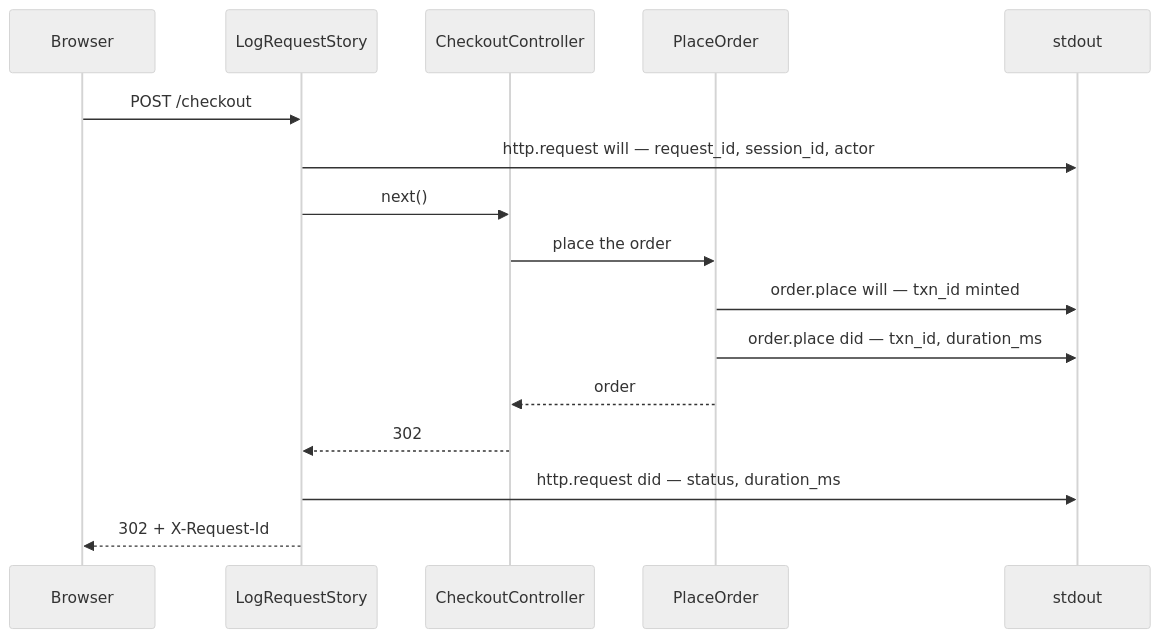
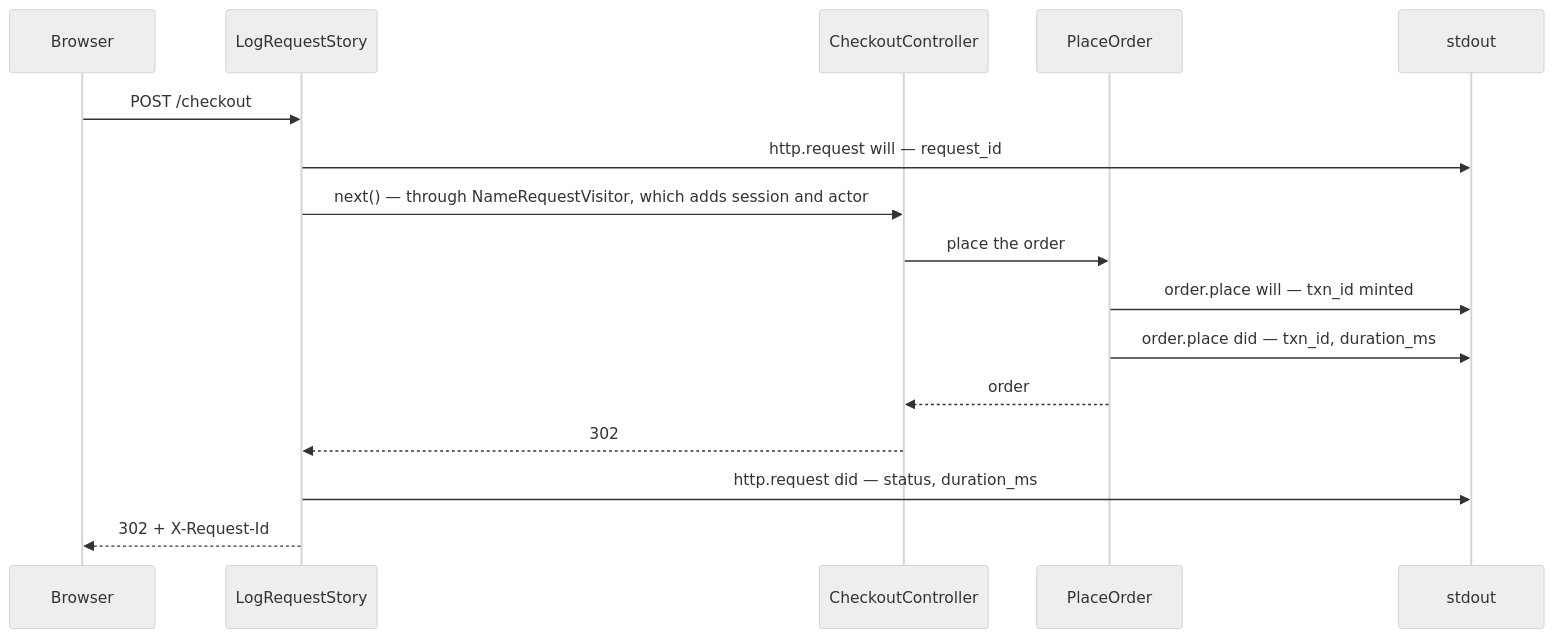
One commit to jonathan-beebe/art-store changed the third of 5 diagrams in prototype/php/docs/architecture.md. Above: the diagram before and after it, drawn with Mermaid (neutral theme). The commit also changed other lines of this file and 30 other files, not shown here.

````diff
--- a/prototype/php/docs/architecture.md
+++ b/prototype/php/docs/architecture.md
@@ -129,19 +137,19 @@
 ```mermaid
 sequenceDiagram
     participant B as Browser
     participant M as LogRequestStory
     participant C as CheckoutController
     participant A as PlaceOrder
     participant L as stdout
 
     B->>M: POST /checkout
-    M->>L: http.request will — request_id, session_id, actor
-    M->>C: next()
+    M->>L: http.request will — request_id
+    M->>C: next() — through NameRequestVisitor, which adds session and actor
     C->>A: place the order
     A->>L: order.place will — txn_id minted
     A->>L: order.place did — txn_id, duration_ms
     A-->>C: order
     C-->>M: 302
     M->>L: http.request did — status, duration_ms
     M-->>B: 302 + X-Request-Id
 ```
````
